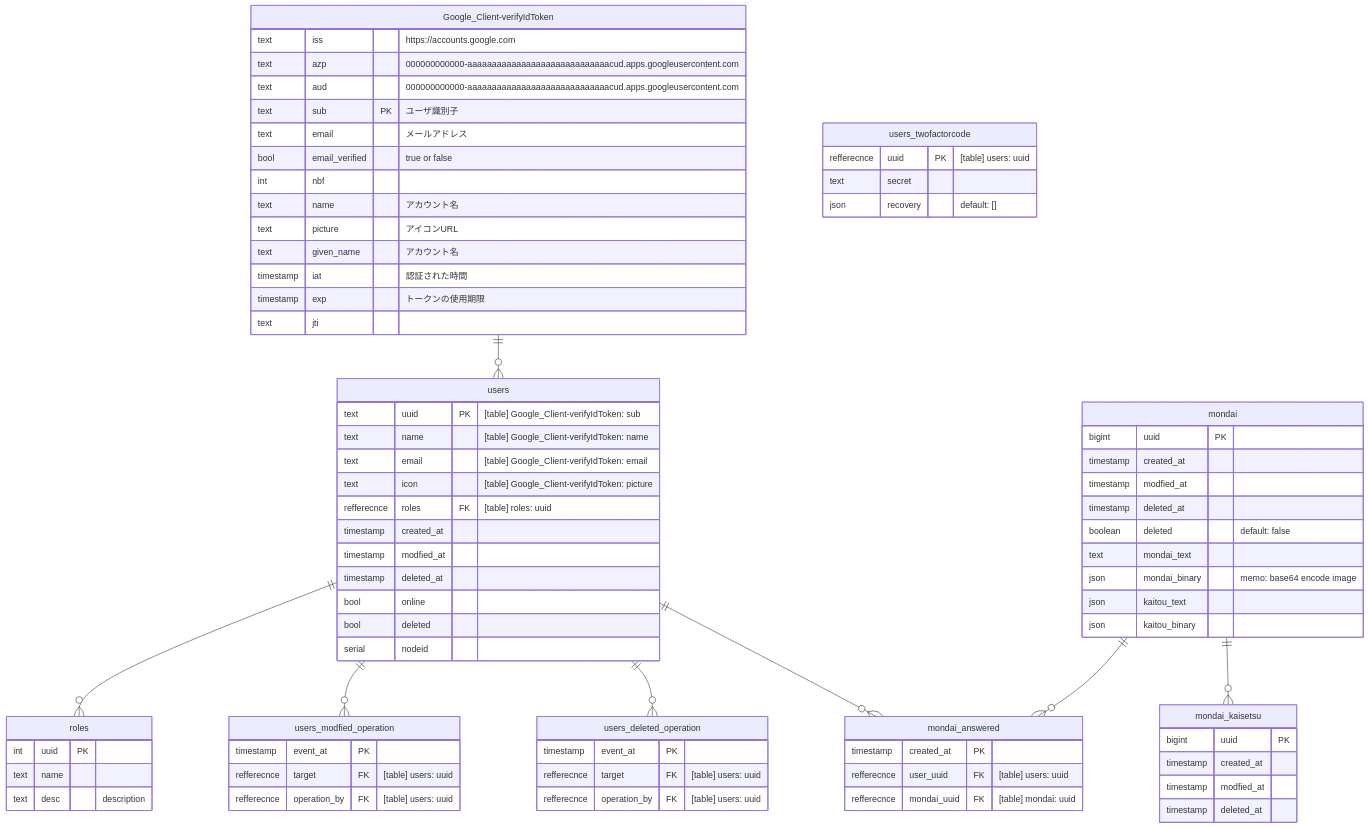
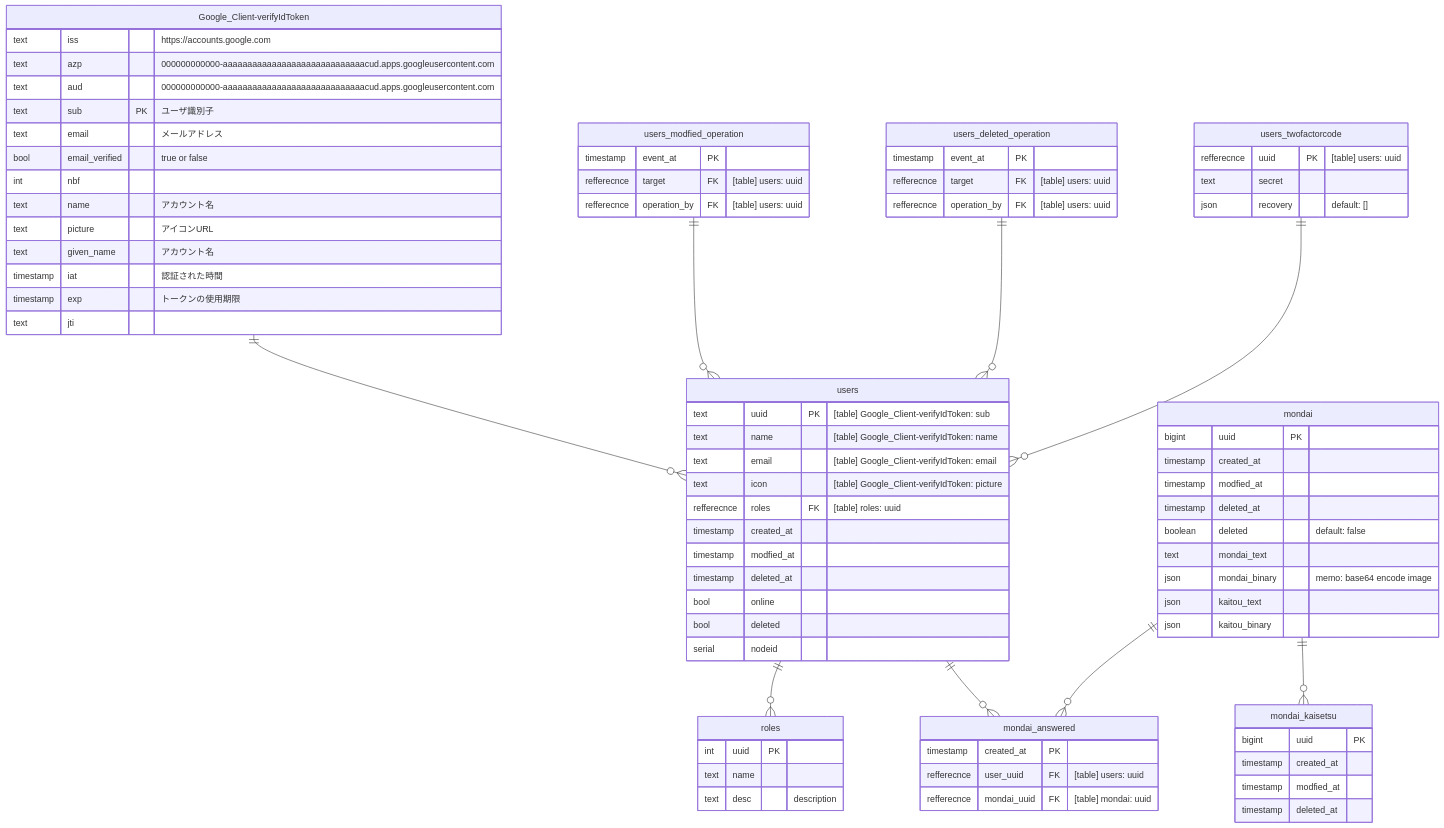
The diagram in README.md (n138-kz/denkou-kakomon-dotcom), drawn with Mermaid before and after one commit.

```diff
--- a/README.md
+++ b/README.md
@@ -27,8 +27,9 @@
 erDiagram
 Google_Client-verifyIdToken ||--o{ users: ""
 users ||--o{ roles: "" 
-users ||--o{ users_modfied_operation: "" 
-users ||--o{ users_deleted_operation: "" 
+users_modfied_operation ||--o{ users: "" 
+users_deleted_operation ||--o{ users: "" 
+users_twofactorcode ||--o{ users: "" 
 mondai ||--o{ mondai_answered: "" 
 users ||--o{ mondai_answered: "" 
 mondai ||--o{ mondai_kaisetsu: "" 
```
